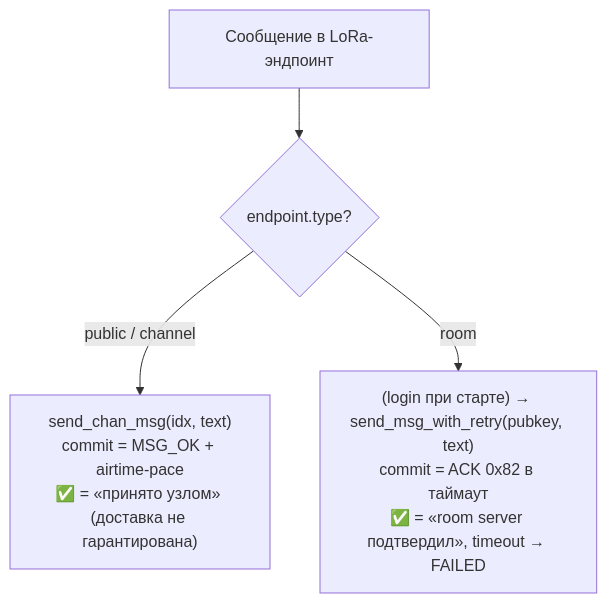
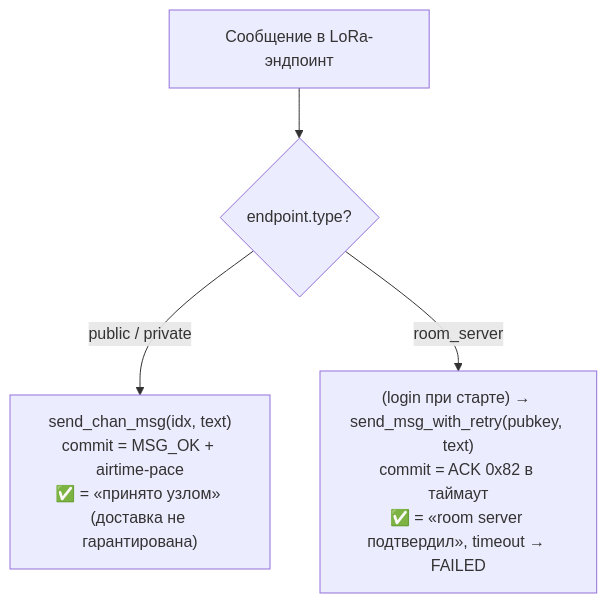
The third of 12 diagrams in docs/ARCHITECTURE.md (Flexlug/LoRa-Bridge), drawn with Mermaid before and after one commit. The commit also changed other lines of this file, not shown here.

````diff
--- a/docs/ARCHITECTURE.md
+++ b/docs/ARCHITECTURE.md
@@ -339,6 +340,6 @@
 ```mermaid
 flowchart TB
     M["Сообщение в LoRa-эндпоинт"] --> Q{"endpoint.type?"}
-    Q -- public / channel --> B["send_chan_msg(idx, text)\ncommit = MSG_OK + airtime-pace\n✅ = «принято узлом» (доставка не гарантирована)"]
-    Q -- room --> A["(login при старте) → send_msg_with_retry(pubkey, text)\ncommit = ACK 0x82 в таймаут\n✅ = «room server подтвердил», timeout → FAILED"]
+    Q -- public / private --> B["send_chan_msg(idx, text)\ncommit = MSG_OK + airtime-pace\n✅ = «принято узлом» (доставка не гарантирована)"]
+    Q -- room_server --> A["(login при старте) → send_msg_with_retry(pubkey, text)\ncommit = ACK 0x82 в таймаут\n✅ = «room server подтвердил», timeout → FAILED"]
 ```
````
